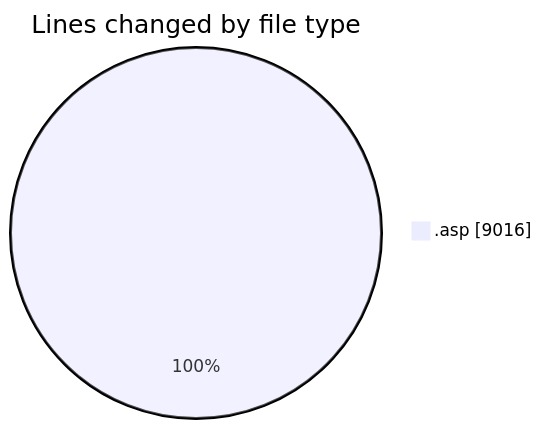
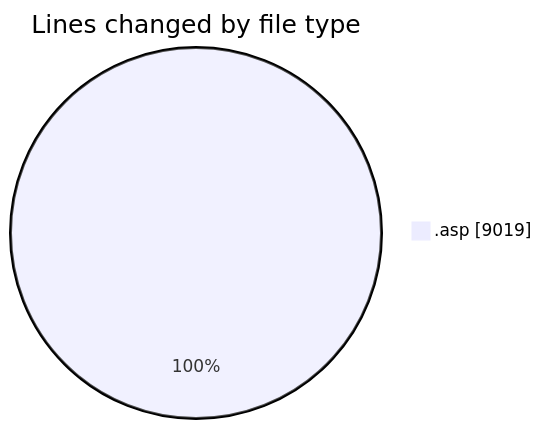
One commit to julien-gomy/code-tracking changed the first of 2 diagrams in 2025-11-27/cdp_aleoudev_fr__workspace_/README.md. Above: the diagram before and after it, drawn with Mermaid. The commit also changed other lines of this file and 1 other file, not shown here.

````diff
--- a/2025-11-27/cdp_aleoudev_fr__workspace_/README.md
+++ b/2025-11-27/cdp_aleoudev_fr__workspace_/README.md
@@ -24,5 +25,5 @@
 ```mermaid
 pie showData
 title Lines changed by file type
-".asp" : 9016
+".asp" : 9019
 ```
````
